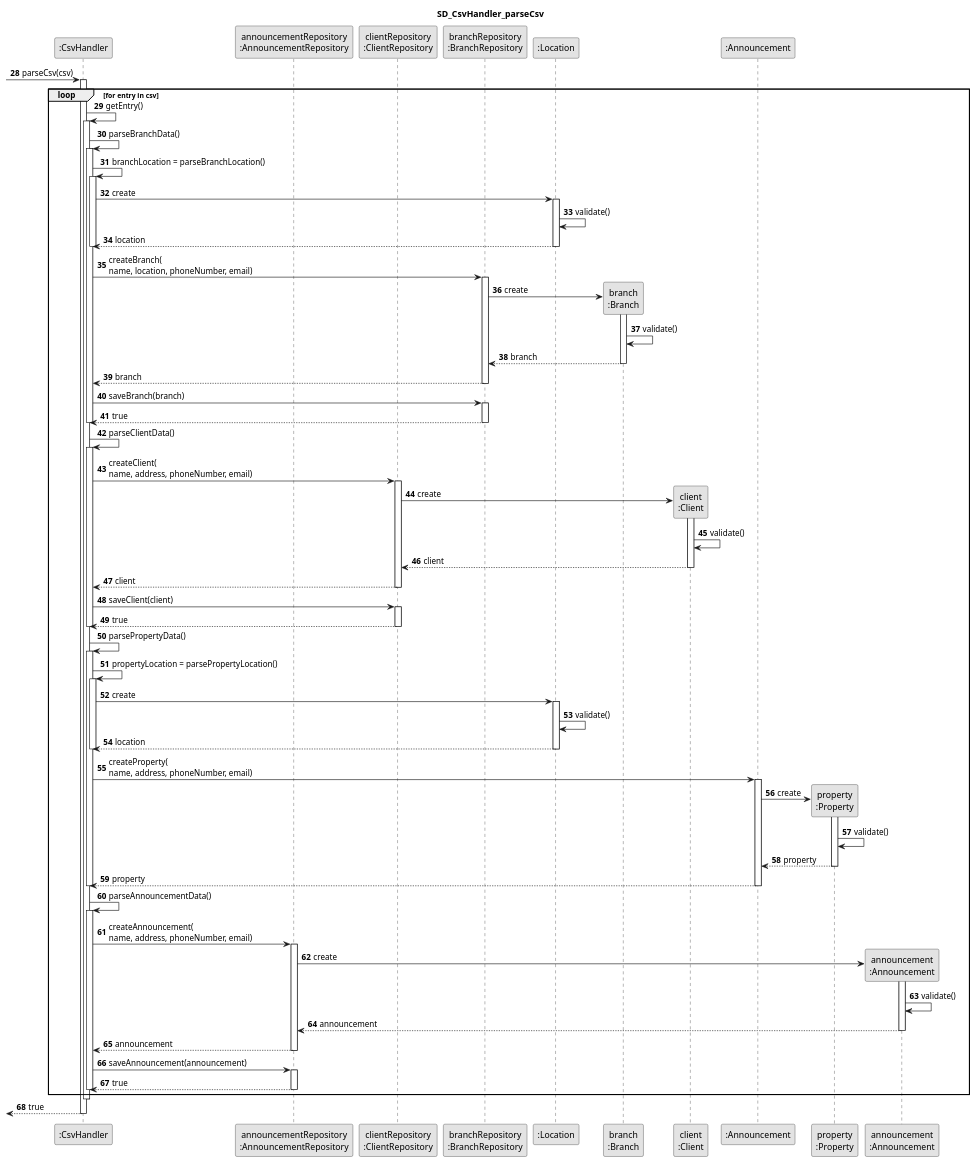
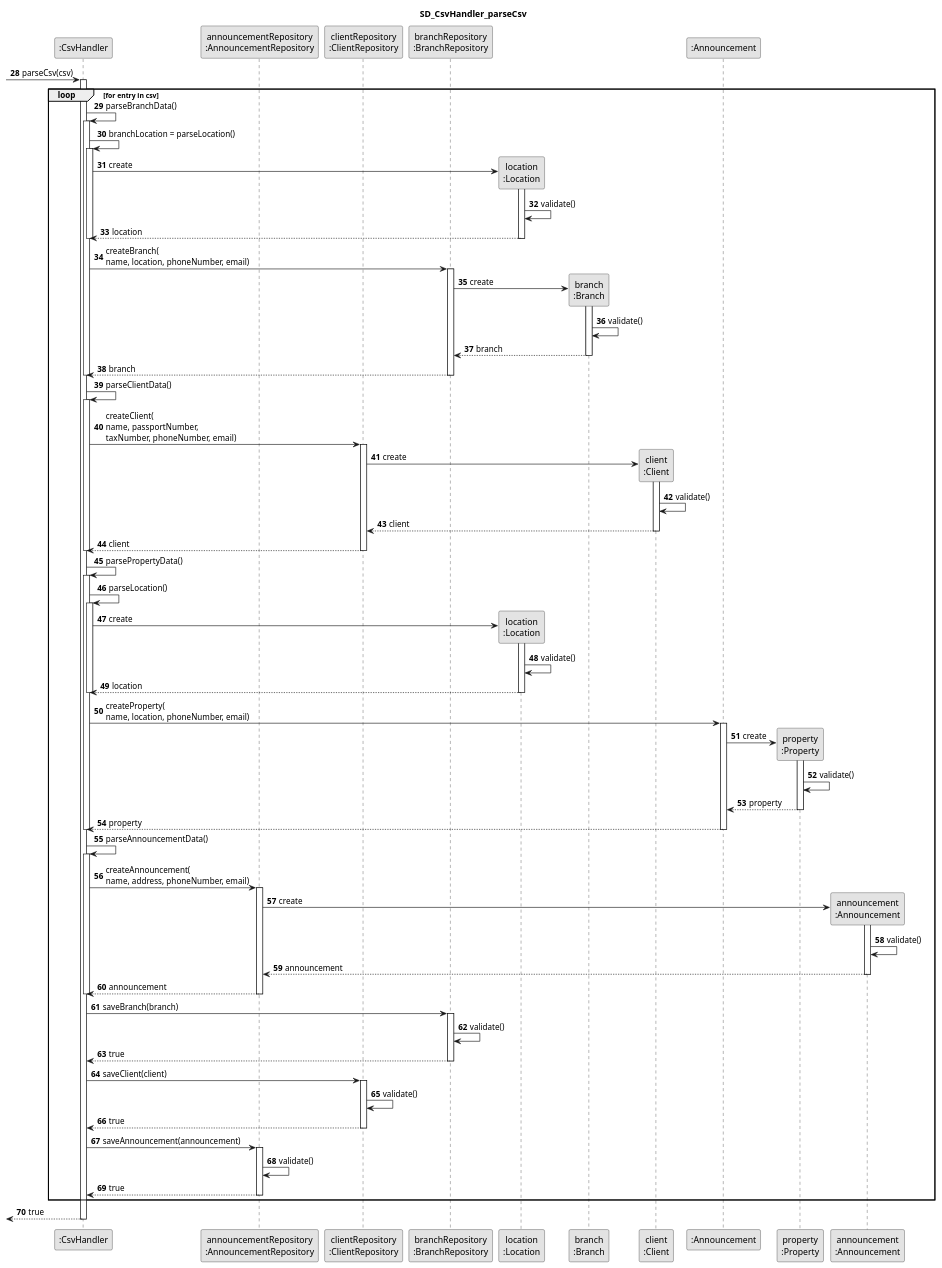
One commit to tiagohcorreia/LAPR2 changed the diagram in docs/sprintC/US012/03.design/puml/SD_CsvHandler_parseCsv.puml. Above: the diagram before and after it, drawn with PlantUML. The commit also changed 2 other files, not shown here.

Commit message:
US12 - Design: Updated SD_CsvHandler_parseCsv

```diff
--- a/docs/sprintC/US012/03.design/puml/SD_CsvHandler_parseCsv.puml
+++ b/docs/sprintC/US012/03.design/puml/SD_CsvHandler_parseCsv.puml
@@ -1,102 +1,112 @@
 @startuml
 'https://plantuml.com/sequence-diagram
 
 skinparam monochrome true
 skinparam shadowing false
 autonumber 28
 
 Title SD_CsvHandler_parseCsv
 
 participant ":CsvHandler" as ch
 participant "announcementRepository\n:AnnouncementRepository" as AnnR
 'participant "employeeRepository\n:EmployeeRepository" as EmpR'
 participant "clientRepository\n:ClientRepository" as CliR
 participant "branchRepository\n:BranchRepository" as BraR
 'participant ":Employee" as Emp
 'participant ":Announcement" as Ann
 'participant ":Property" as Pro
-participant ":Location" as loc
+participant "location\n:Location" as loc
 
 -> ch: parseCsv(csv)
-activate ch
+
 loop for entry in csv
-    ch -> ch: getEntry()
+
     activate ch
 
     ch -> ch: parseBranchData()
     activate ch
-    ch -> ch: branchLocation = parseBranchLocation()
+    ch -> ch: branchLocation = parseLocation()
     activate ch
-    ch -> loc: create
+    ch -> loc**: create
     activate loc
     loc -> loc: validate()
     return location
     deactivate ch
     ch -> BraR: createBranch(\nname, location, phoneNumber, email)
         activate BraR
         BraR -> "branch\n:Branch"**: create
         activate "branch\n:Branch"
         "branch\n:Branch" -> "branch\n:Branch": validate()
         return branch
         return branch
-        ch -> BraR: saveBranch(branch)
-        activate BraR
-        return true
+
+
+
     deactivate ch
 
     ch -> ch: parseClientData()
     activate ch
     'ch -> loc: create
     '    activate loc
     '    loc -> loc: validate()
     '    return location
     'deactivate ch
-    ch -> CliR: createClient(\nname, address, phoneNumber, email)
+    ch -> CliR: createClient(\nname, passportNumber,\ntaxNumber, phoneNumber, email)
         activate CliR
         CliR -> "client\n:Client"**: create
         activate "client\n:Client"
         "client\n:Client" -> "client\n:Client": validate()
         return client
         return client
-        ch -> CliR: saveClient(client)
-                activate CliR
-                return true
     deactivate ch
 
     ch -> ch: parsePropertyData()
     activate ch
-    ch -> ch: propertyLocation = parsePropertyLocation()
+    ch -> ch: parseLocation()
     activate ch
-    ch -> loc: create
+    ch -> loc**: create
             activate loc
             loc -> loc: validate()
             return location
             deactivate ch
-    ch -> ":Announcement": createProperty(\nname, address, phoneNumber, email)
+    ch -> ":Announcement": createProperty(\nname, location, phoneNumber, email)
         activate ":Announcement"
         ":Announcement" -> "property\n:Property"**: create
         activate "property\n:Property"
         "property\n:Property" -> "property\n:Property": validate()
         return property
         return property
     deactivate ch
 
     ch -> ch: parseAnnouncementData()
     activate ch
     ch -> AnnR: createAnnouncement(\nname, address, phoneNumber, email)
         activate AnnR
         AnnR -> "announcement\n:Announcement"**: create
         activate "announcement\n:Announcement"
         "announcement\n:Announcement" -> "announcement\n:Announcement": validate()
         return announcement
         return announcement
-        ch -> AnnR: saveAnnouncement(announcement)
-                activate AnnR
-                return true
+
+
+
     deactivate ch
 
+    ch -> BraR: saveBranch(branch)
+        activate BraR
+        BraR -> BraR: validate()
+        return true
+
+    ch -> CliR: saveClient(client)
+        activate CliR
+        CliR -> CliR: validate()
+        return true
+
+    ch -> AnnR: saveAnnouncement(announcement)
+        activate AnnR
+        AnnR -> AnnR: validate()
+        return true
 
 end
-deactivate ch
 return true
 @enduml
```
